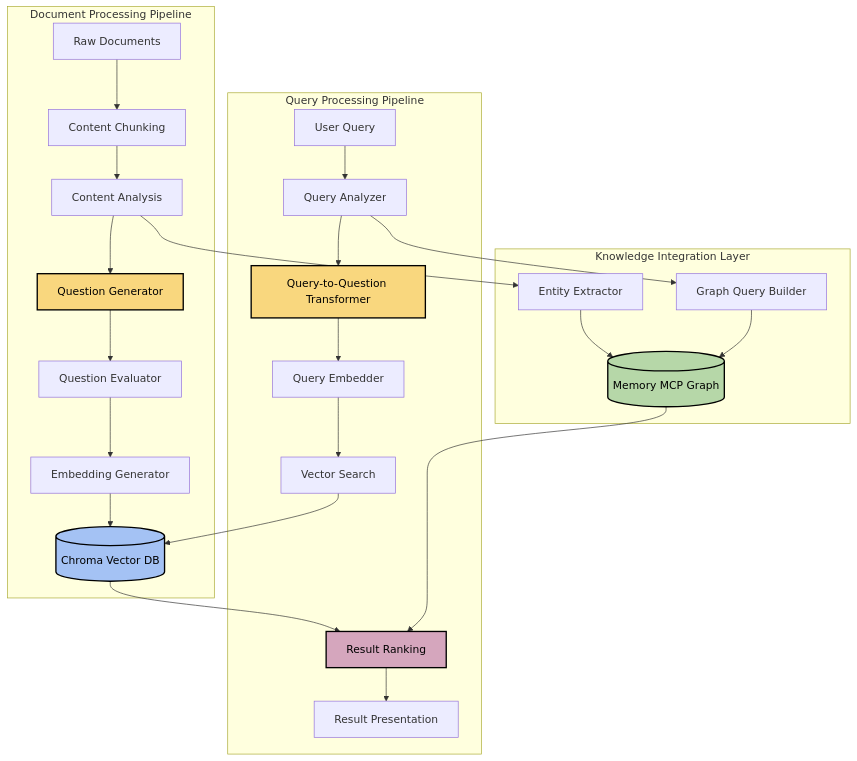
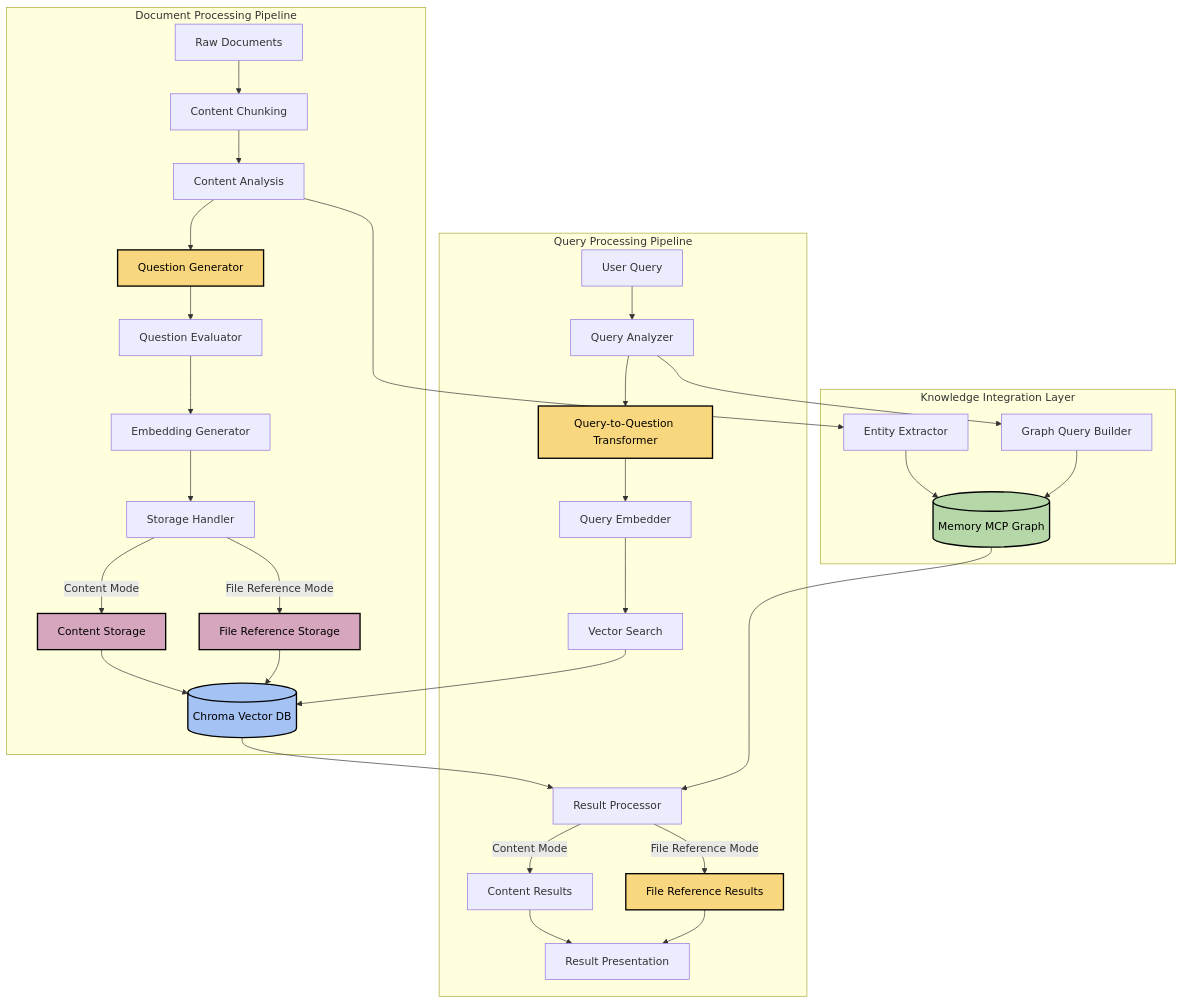
One commit to o2alexanderfedin/ai-assistant-project changed the diagram in docs/architecture/components/question-based-embedding.md. Above: the diagram before and after it, drawn with Mermaid. The commit also changed other lines of this file, not shown here.

Commit message:
Update question-based embedding architecture document to reflect implementation

````diff
--- a/docs/architecture/components/question-based-embedding.md
+++ b/docs/architecture/components/question-based-embedding.md
@@ -27,35 +30,46 @@
 ```mermaid
 graph TD
     subgraph "Document Processing Pipeline"
         RawDoc[Raw Documents] --> ContentChunker[Content Chunking]
         ContentChunker --> ContentAnalyzer[Content Analysis]
         ContentAnalyzer --> QuestionGenerator[Question Generator]
         QuestionGenerator --> QuestionEvaluator[Question Evaluator]
         QuestionEvaluator --> EmbeddingGenerator[Embedding Generator]
-        EmbeddingGenerator --> VectorDB[(Chroma Vector DB)]
+        EmbeddingGenerator --> StorageHandler[Storage Handler]
+        
+        StorageHandler -->|Content Mode| ContentStorage[Content Storage]
+        StorageHandler -->|File Reference Mode| ReferenceStorage[File Reference Storage]
+        
+        ContentStorage --> VectorDB[(Chroma Vector DB)]
+        ReferenceStorage --> VectorDB
     end
 
     subgraph "Query Processing Pipeline"
         UserQuery[User Query] --> QueryAnalyzer[Query Analyzer]
         QueryAnalyzer --> QueryTransformer[Query-to-Question Transformer]
         QueryTransformer --> QueryEmbedder[Query Embedder]
         QueryEmbedder --> VectorSearch[Vector Search]
         VectorSearch --> VectorDB
-        VectorDB --> ResultRanker[Result Ranking]
-        ResultRanker --> ResultPresenter[Result Presentation]
+        VectorDB --> ResultProcessor[Result Processor]
+        ResultProcessor -->|Content Mode| ContentResults[Content Results]
+        ResultProcessor -->|File Reference Mode| FileResults[File Reference Results]
+        ContentResults --> ResultPresenter[Result Presentation]
+        FileResults --> ResultPresenter
     end
 
     subgraph "Knowledge Integration Layer"
         ContentAnalyzer --> EntityExtractor[Entity Extractor]
         EntityExtractor --> KnowledgeGraph[(Memory MCP Graph)]
         QueryAnalyzer --> GraphQueryBuilder[Graph Query Builder]
         GraphQueryBuilder --> KnowledgeGraph
-        KnowledgeGraph --> ResultRanker
+        KnowledgeGraph --> ResultProcessor
     end
 
     style QuestionGenerator fill:#f9d77e,stroke:#000,stroke-width:2px,color:#000
     style QueryTransformer fill:#f9d77e,stroke:#000,stroke-width:2px,color:#000
     style VectorDB fill:#a4c2f4,stroke:#000,stroke-width:2px,color:#000
     style KnowledgeGraph fill:#b6d7a8,stroke:#000,stroke-width:2px,color:#000
-    style ResultRanker fill:#d5a6bd,stroke:#000,stroke-width:2px,color:#000
+    style ContentStorage fill:#d5a6bd,stroke:#000,stroke-width:2px,color:#000
+    style ReferenceStorage fill:#d5a6bd,stroke:#000,stroke-width:2px,color:#000
+    style FileResults fill:#f9d77e,stroke:#000,stroke-width:2px,color:#000
 ```
````
